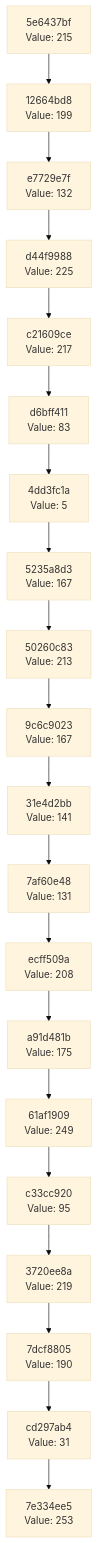
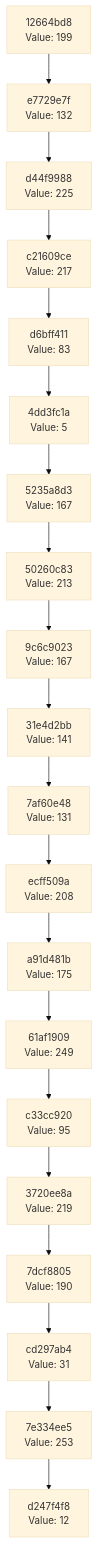
Before and after one commit to Abhisheksinha1506/hash-chain-evolver: the diagram in docs/CHAIN_VISUALIZATION.md, drawn with Mermaid (base theme). The commit also changed 3 other files, not shown here.

````diff
--- a/docs/CHAIN_VISUALIZATION.md
+++ b/docs/CHAIN_VISUALIZATION.md
@@ -3,42 +3,42 @@
 ```mermaid
 graph TD
-    C0["7e334ee5<br/>Value: 253"]
-    C1["cd297ab4<br/>Value: 31"]
+    C0["d247f4f8<br/>Value: 12"]
+    C1["7e334ee5<br/>Value: 253"]
     C1 --> C0
-    C2["7dcf8805<br/>Value: 190"]
+    C2["cd297ab4<br/>Value: 31"]
     C2 --> C1
-    C3["3720ee8a<br/>Value: 219"]
+    C3["7dcf8805<br/>Value: 190"]
     C3 --> C2
-    C4["c33cc920<br/>Value: 95"]
+    C4["3720ee8a<br/>Value: 219"]
     C4 --> C3
-    C5["61af1909<br/>Value: 249"]
+    C5["c33cc920<br/>Value: 95"]
     C5 --> C4
-    C6["a91d481b<br/>Value: 175"]
+    C6["61af1909<br/>Value: 249"]
     C6 --> C5
-    C7["ecff509a<br/>Value: 208"]
+    C7["a91d481b<br/>Value: 175"]
     C7 --> C6
-    C8["7af60e48<br/>Value: 131"]
+    C8["ecff509a<br/>Value: 208"]
     C8 --> C7
-    C9["31e4d2bb<br/>Value: 141"]
+    C9["7af60e48<br/>Value: 131"]
     C9 --> C8
-    C10["9c6c9023<br/>Value: 167"]
+    C10["31e4d2bb<br/>Value: 141"]
     C10 --> C9
-    C11["50260c83<br/>Value: 213"]
+    C11["9c6c9023<br/>Value: 167"]
     C11 --> C10
-    C12["5235a8d3<br/>Value: 167"]
+    C12["50260c83<br/>Value: 213"]
     C12 --> C11
-    C13["4dd3fc1a<br/>Value: 5"]
+    C13["5235a8d3<br/>Value: 167"]
     C13 --> C12
-    C14["d6bff411<br/>Value: 83"]
+    C14["4dd3fc1a<br/>Value: 5"]
     C14 --> C13
-    C15["c21609ce<br/>Value: 217"]
+    C15["d6bff411<br/>Value: 83"]
     C15 --> C14
-    C16["d44f9988<br/>Value: 225"]
+    C16["c21609ce<br/>Value: 217"]
     C16 --> C15
-    C17["e7729e7f<br/>Value: 132"]
+    C17["d44f9988<br/>Value: 225"]
     C17 --> C16
-    C18["12664bd8<br/>Value: 199"]
+    C18["e7729e7f<br/>Value: 132"]
     C18 --> C17
-    C19["5e6437bf<br/>Value: 215"]
+    C19["12664bd8<br/>Value: 199"]
     C19 --> C18
 ```
````
